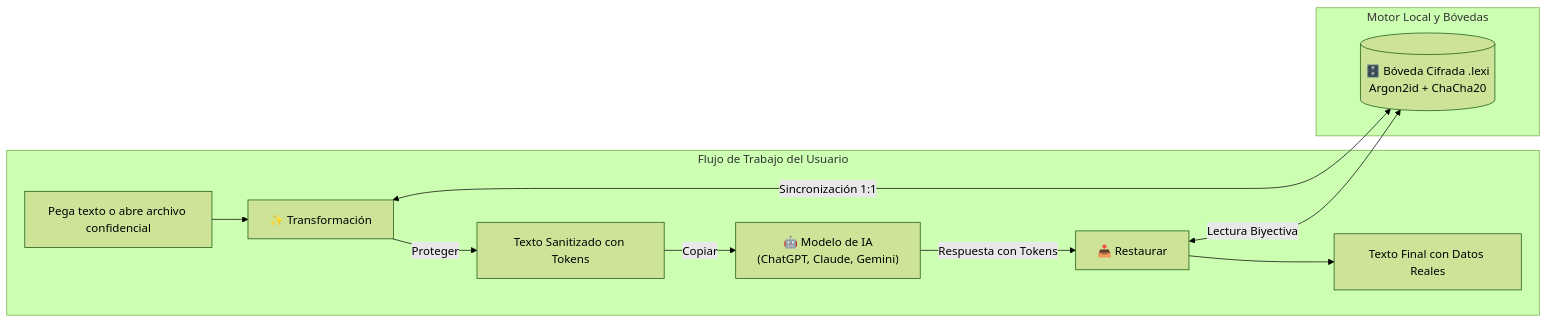
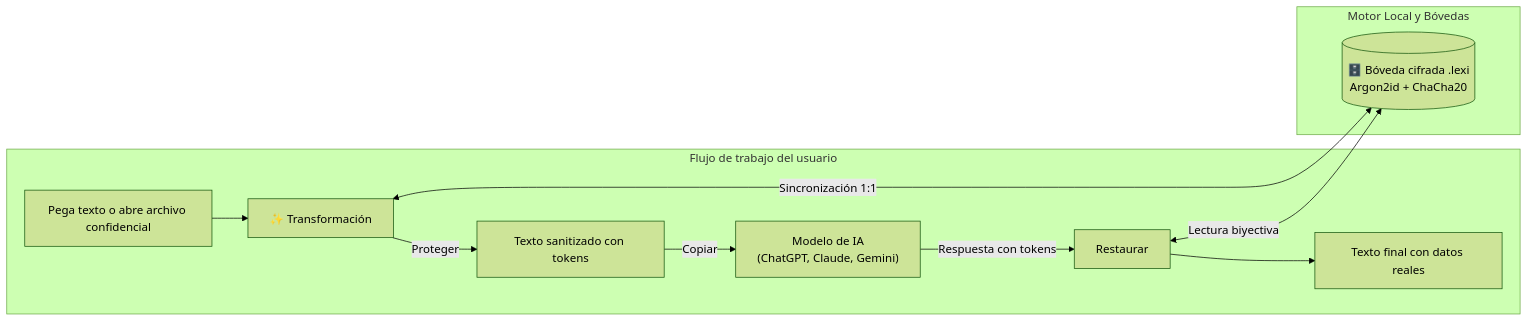
One commit to olorinj/lexishield changed the second of 2 diagrams in README.md. Above: the diagram before and after it, drawn with Mermaid (forest theme). The commit also changed other lines of this file and 2 other files, not shown here.

````diff
--- a/README.md
+++ b/README.md
@@ -67,15 +67,15 @@
 ```mermaid
 flowchart LR
-    subgraph Usuario["Flujo de Trabajo del Usuario"]
+    subgraph Usuario["Flujo de trabajo del usuario"]
         U1["Pega texto o abre archivo confidencial"] --> S["✨ Transformación"]
-        S -->|Proteger| O["Texto Sanitizado con Tokens"]
-        O -->|Copiar| AI["🤖 Modelo de IA\n(ChatGPT, Claude, Gemini)"]
-        AI -->|Respuesta con Tokens| D["📥 Restaurar"]
-        D --> R["Texto Final con Datos Reales"]
+        S -->|Proteger| O["Texto sanitizado con tokens"]
+        O -->|Copiar| AI["Modelo de IA\n(ChatGPT, Claude, Gemini)"]
+        AI -->|Respuesta con tokens| D["Restaurar"]
+        D --> R["Texto final con datos reales"]
     end
 
     subgraph Seguridad["Motor Local y Bóvedas"]
-        S <-->|Sincronización 1:1| V[("🗄️ Bóveda Cifrada .lexi\nArgon2id + ChaCha20")]
-        D <-->|Lectura Biyectiva| V
+        S <-->|Sincronización 1:1| V[("🗄️ Bóveda cifrada .lexi\nArgon2id + ChaCha20")]
+        D <-->|Lectura biyectiva| V
     end
 ```
````
